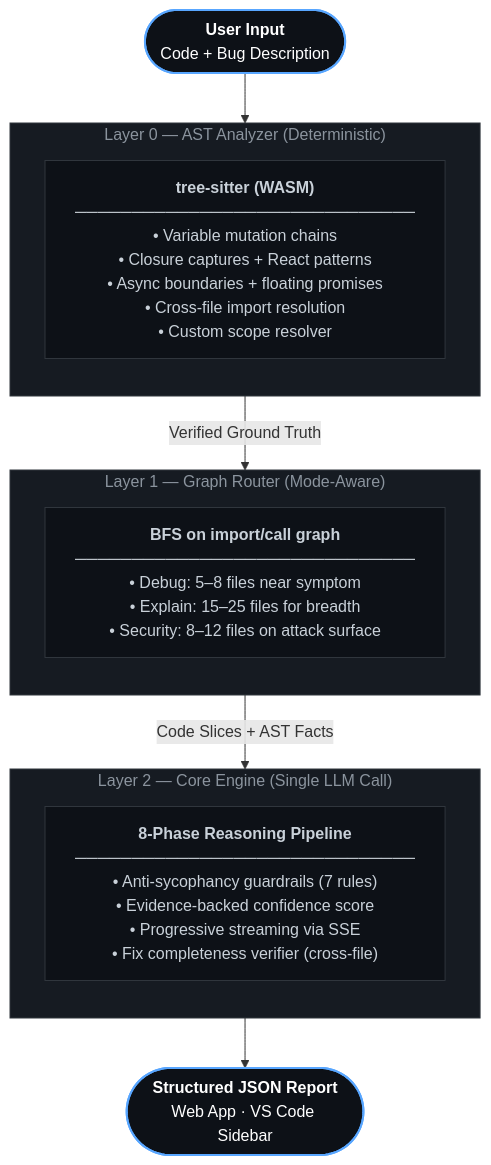
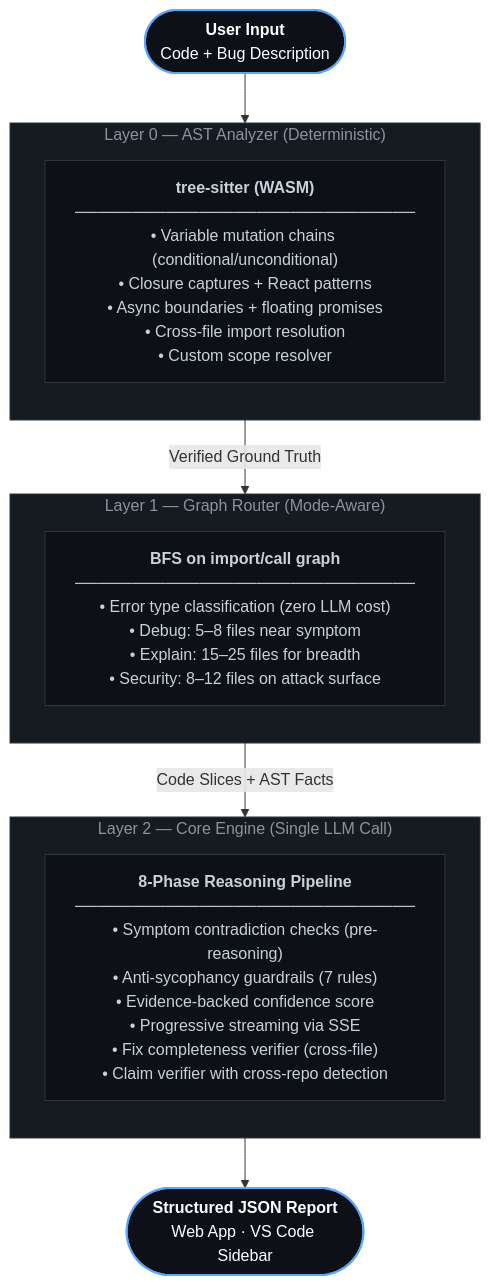
Before and after one commit to EruditeCoder108/UnravelAI: the second of 2 diagrams in README.md, drawn with Mermaid. The commit also changed other lines of this file and 206 other files, not shown here.

````diff
--- a/README.md
+++ b/README.md
@@ -244,35 +252,35 @@
 ```mermaid
 flowchart TD
     A([<b>User Input</b><br/>Code + Bug Description])
 
     subgraph L0 ["Layer 0 — AST Analyzer (Deterministic)"]
         direction TB
-        B["<b>tree-sitter (WASM)</b><br/>──────────────────────────────<br/>• Variable mutation chains<br/>• Closure captures + React patterns<br/>• Async boundaries + floating promises<br/>• Cross-file import resolution<br/>• Custom scope resolver"]
+        B["<b>tree-sitter (WASM)</b><br/>──────────────────────────────<br/>• Variable mutation chains (conditional/unconditional)<br/>• Closure captures + React patterns<br/>• Async boundaries + floating promises<br/>• Cross-file import resolution<br/>• Custom scope resolver"]
     end
 
     subgraph L1 ["Layer 1 — Graph Router (Mode-Aware)"]
         direction TB
-        C["<b>BFS on import/call graph</b><br/>──────────────────────────────<br/>• Debug: 5–8 files near symptom<br/>• Explain: 15–25 files for breadth<br/>• Security: 8–12 files on attack surface"]
+        C["<b>BFS on import/call graph</b><br/>──────────────────────────────<br/>• Error type classification (zero LLM cost)<br/>• Debug: 5–8 files near symptom<br/>• Explain: 15–25 files for breadth<br/>• Security: 8–12 files on attack surface"]
     end
 
     subgraph L2 ["Layer 2 — Core Engine (Single LLM Call)"]
         direction TB
-        D["<b>8-Phase Reasoning Pipeline</b><br/>──────────────────────────────<br/>• Anti-sycophancy guardrails (7 rules)<br/>• Evidence-backed confidence score<br/>• Progressive streaming via SSE<br/>• Fix completeness verifier (cross-file)"]
+        D["<b>8-Phase Reasoning Pipeline</b><br/>──────────────────────────────<br/>• Symptom contradiction checks (pre-reasoning)<br/>• Anti-sycophancy guardrails (7 rules)<br/>• Evidence-backed confidence score<br/>• Progressive streaming via SSE<br/>• Fix completeness verifier (cross-file)<br/>• Claim verifier with cross-repo detection"]
     end
 
     E([<b>Structured JSON Report</b><br/>Web App · VS Code Sidebar])
 
     A --> L0
     L0 -->|Verified Ground Truth| L1
     L1 -->|Code Slices + AST Facts| L2
     L2 --> E
 
     style A fill:#0d1117,stroke:#58a6ff,stroke-width:2px,color:#fff
     style E fill:#0d1117,stroke:#58a6ff,stroke-width:2px,color:#fff
     style B fill:#0d1117,stroke:#30363d,color:#c9d1d9
     style C fill:#0d1117,stroke:#30363d,color:#c9d1d9
     style D fill:#0d1117,stroke:#30363d,color:#c9d1d9
     style L0 fill:#161b22,stroke:#30363d,color:#8b949e
     style L1 fill:#161b22,stroke:#30363d,color:#8b949e
     style L2 fill:#161b22,stroke:#30363d,color:#8b949e
 ```
````
